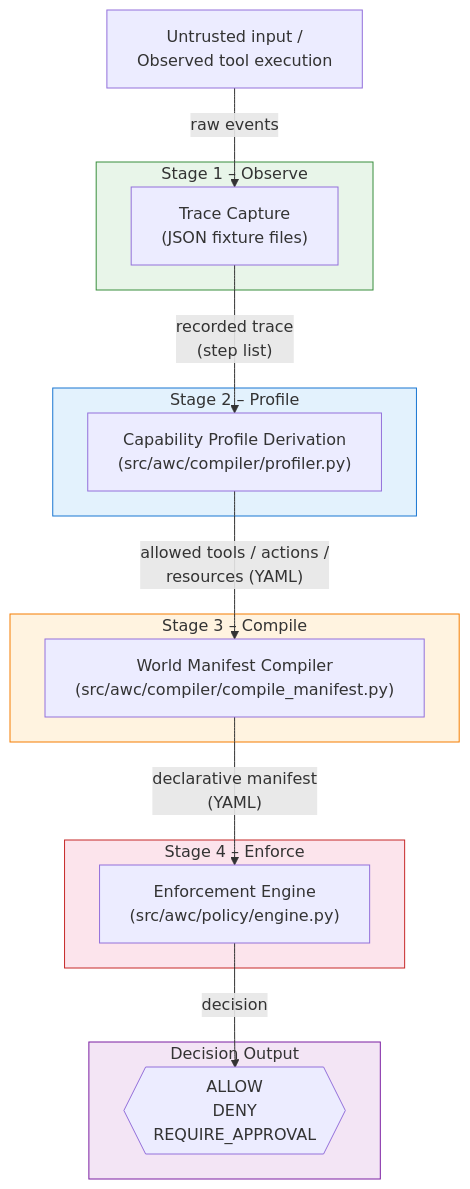
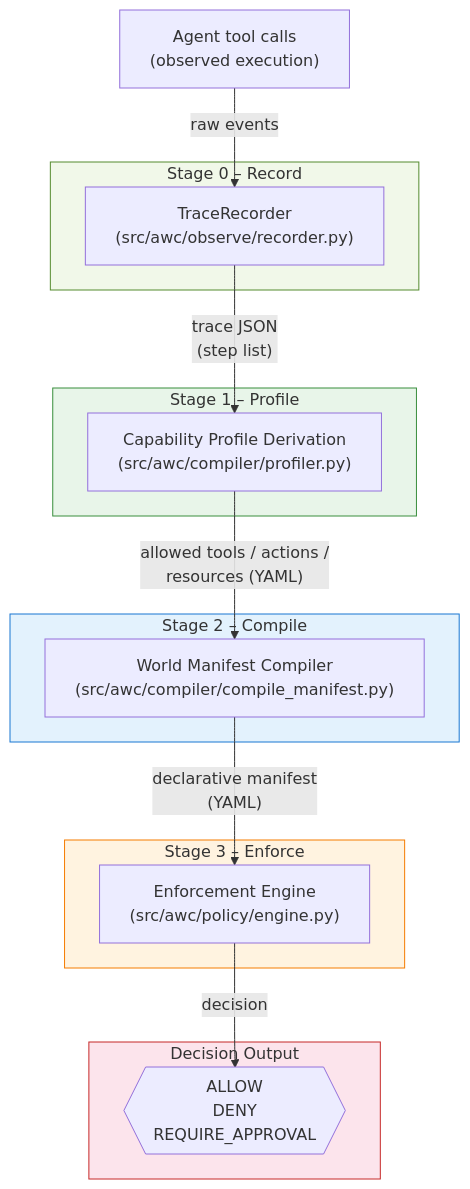
One commit to sv-pro/agent-world-compiler-poc changed the diagram in docs/architecture.md. Above: the diagram before and after it, drawn with Mermaid. The commit also changed other lines of this file and 6 other files, not shown here.

First line of the commit message:
feat: Refactor Agent World Compiler pipeline to include Stage 0 - Record

````diff
--- a/docs/architecture.md
+++ b/docs/architecture.md
@@ -8,38 +8,38 @@
 ```mermaid
 flowchart TD
-    A["Untrusted input /\nObserved tool execution"] -->|"raw events"| B
+    A["Agent tool calls\n(observed execution)"] -->|"raw events"| B
 
-    subgraph Observe["Stage 1 – Observe"]
-        B["Trace Capture\n(JSON fixture files)"]
+    subgraph Observe["Stage 0 – Record"]
+        B["TraceRecorder\n(src/awc/observe/recorder.py)"]
     end
 
-    B -->|"recorded trace\n(step list)"| C
+    B -->|"trace JSON\n(step list)"| C
 
-    subgraph Profile["Stage 2 – Profile"]
+    subgraph Profile["Stage 1 – Profile"]
         C["Capability Profile Derivation\n(src/awc/compiler/profiler.py)"]
     end
 
     C -->|"allowed tools / actions /\nresources (YAML)"| D
 
-    subgraph Compile["Stage 3 – Compile"]
+    subgraph Compile["Stage 2 – Compile"]
         D["World Manifest Compiler\n(src/awc/compiler/compile_manifest.py)"]
     end
 
     D -->|"declarative manifest\n(YAML)"| E
 
-    subgraph Enforce["Stage 4 – Enforce"]
+    subgraph Enforce["Stage 3 – Enforce"]
         E["Enforcement Engine\n(src/awc/policy/engine.py)"]
     end
 
     E -->|"decision"| F
 
     subgraph Output["Decision Output"]
         F{{"ALLOW\nDENY\nREQUIRE_APPROVAL"}}
     end
 
-    style Observe  fill:#e8f5e9,stroke:#388e3c
-    style Profile  fill:#e3f2fd,stroke:#1976d2
-    style Compile  fill:#fff3e0,stroke:#f57c00
-    style Enforce  fill:#fce4ec,stroke:#c62828
-    style Output   fill:#f3e5f5,stroke:#7b1fa2
+    style Observe  fill:#f1f8e9,stroke:#558b2f
+    style Profile  fill:#e8f5e9,stroke:#388e3c
+    style Compile  fill:#e3f2fd,stroke:#1976d2
+    style Enforce  fill:#fff3e0,stroke:#f57c00
+    style Output   fill:#fce4ec,stroke:#c62828
 ```
````
